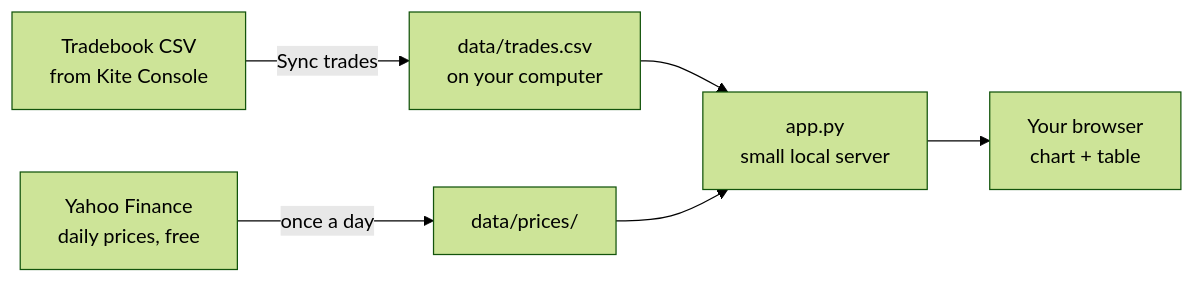
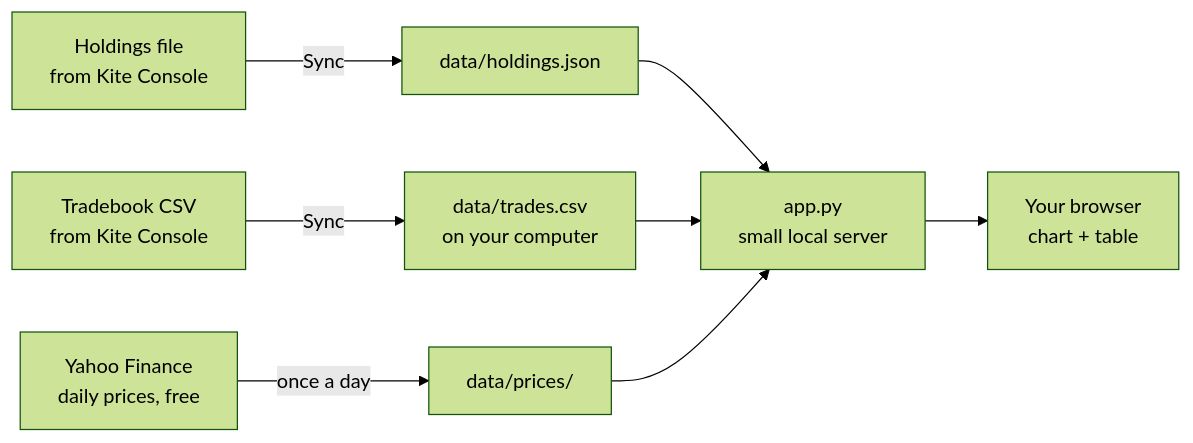
The diagram in README.md (SouravAggarwal/zerodha-portfolio-analyser), drawn with Mermaid (forest theme) before and after one commit. The commit also changed other lines of this file and 6 other files, not shown here.

First line of the commit message:
Match Kite's numbers exactly; add holdings file sync

````diff
--- a/README.md
+++ b/README.md
@@ -63,8 +67,10 @@
 ```mermaid
 flowchart LR
-    A[Tradebook CSV<br/>from Kite Console] -->|Sync trades| B[data/trades.csv<br/>on your computer]
+    A[Tradebook CSV<br/>from Kite Console] -->|Sync| B[data/trades.csv<br/>on your computer]
+    H[Holdings file<br/>from Kite Console] -->|Sync| G[data/holdings.json]
+    G --> E
     C[Yahoo Finance<br/>daily prices, free] -->|once a day| D[data/prices/]
     B --> E[app.py<br/>small local server]
     D --> E
     E --> F[Your browser<br/>chart + table]
 ```
````
